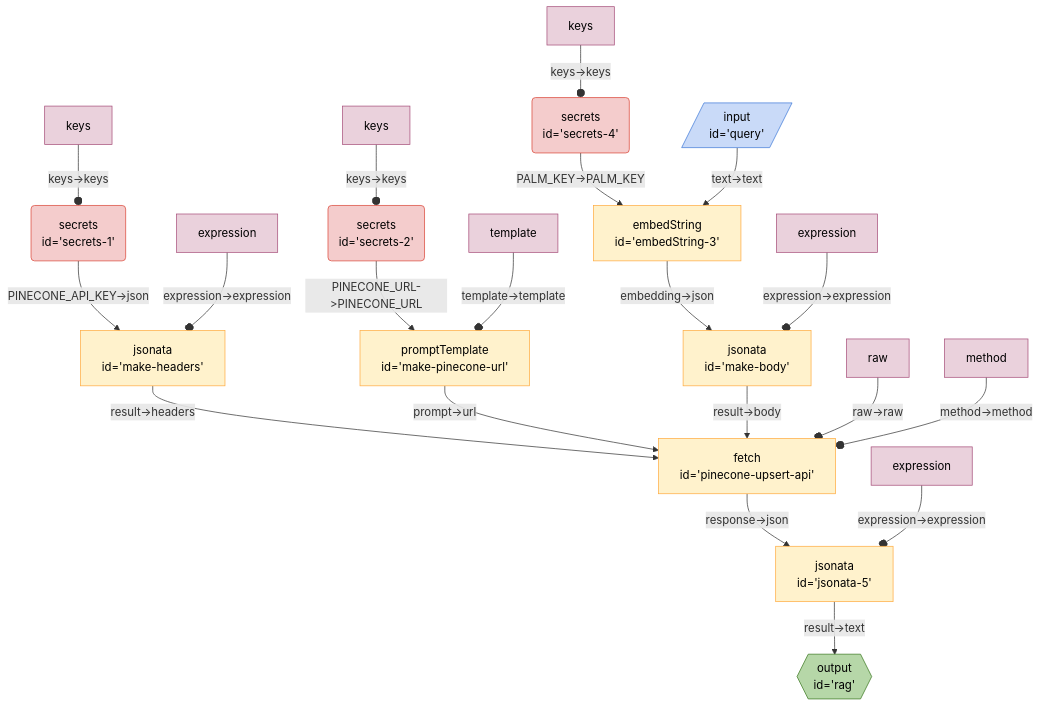
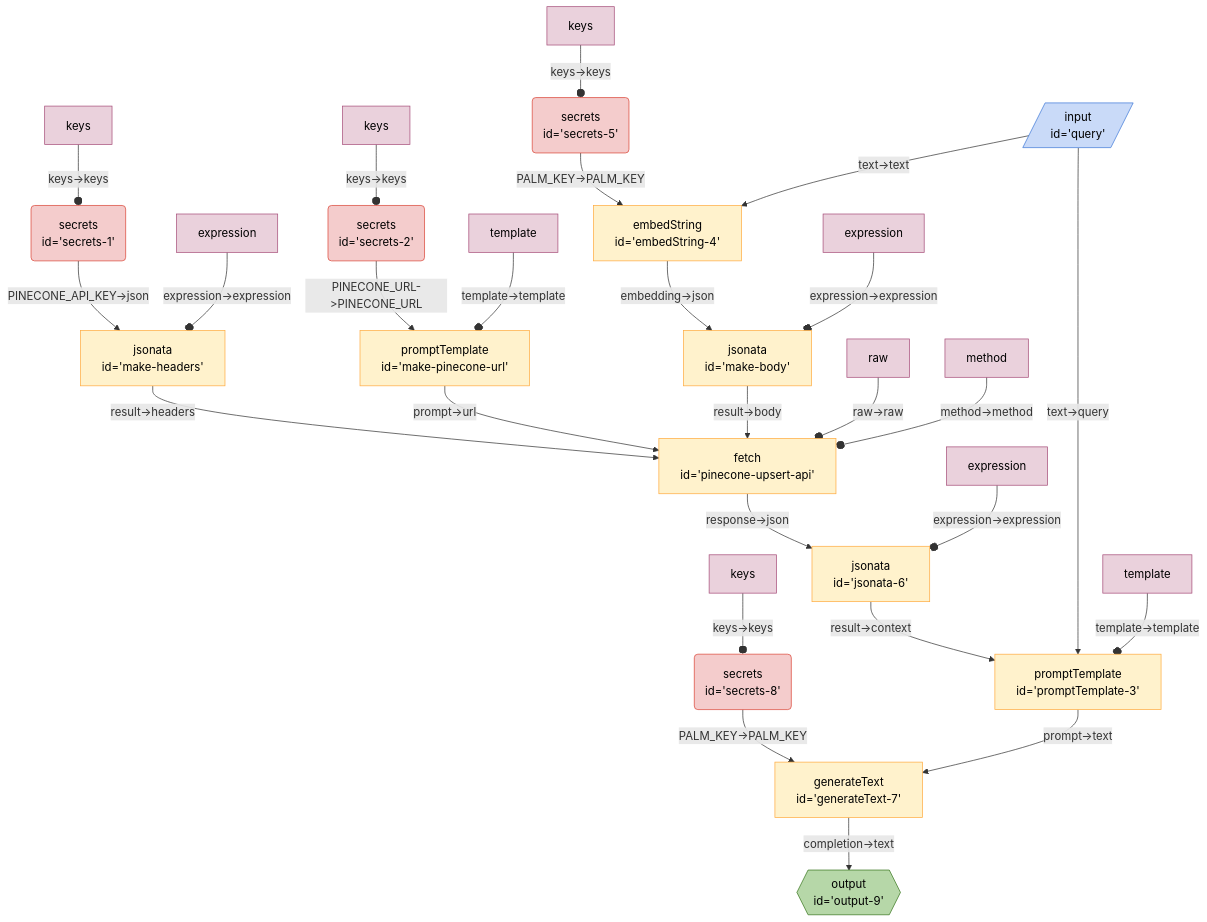
One commit to breadboard-ai/breadboard changed the diagram in seeds/graph-playground/docs/graphs/pinecone-query.md. Above: the diagram before and after it, drawn with Mermaid. The commit also changed 2 other files, not shown here.

Commit message:
[graph-playground] Fully-functional `pinecone-query`.

````diff
--- a/seeds/graph-playground/docs/graphs/pinecone-query.md
+++ b/seeds/graph-playground/docs/graphs/pinecone-query.md
@@ -5,31 +5,37 @@
   ```mermaid
   %%{init: 'themeVariables': { 'fontFamily': 'Fira Code, monospace' }}%%
 graph TD;
 secrets1("secrets <br> id='secrets-1'"):::secrets -- "PINECONE_API_KEY->json" --> makeheaders["jsonata <br> id='make-headers'"]
 makeheaders["jsonata <br> id='make-headers'"] -- "result->headers" --> pineconeupsertapi["fetch <br> id='pinecone-upsert-api'"]
 secrets2("secrets <br> id='secrets-2'"):::secrets -- "PINECONE_URL->PINECONE_URL" --> makepineconeurl["promptTemplate <br> id='make-pinecone-url'"]
 makepineconeurl["promptTemplate <br> id='make-pinecone-url'"] -- "prompt->url" --> pineconeupsertapi["fetch <br> id='pinecone-upsert-api'"]
-secrets4("secrets <br> id='secrets-4'"):::secrets -- "PALM_KEY->PALM_KEY" --> embedString3["embedString <br> id='embedString-3'"]
-jsonata5["jsonata <br> id='jsonata-5'"] -- "result->text" --> rag{{"output <br> id='rag'"}}:::output
-pineconeupsertapi["fetch <br> id='pinecone-upsert-api'"] -- "response->json" --> jsonata5["jsonata <br> id='jsonata-5'"]
+secrets5("secrets <br> id='secrets-5'"):::secrets -- "PALM_KEY->PALM_KEY" --> embedString4["embedString <br> id='embedString-4'"]
+jsonata6["jsonata <br> id='jsonata-6'"] -- "result->context" --> promptTemplate3["promptTemplate <br> id='promptTemplate-3'"]
+pineconeupsertapi["fetch <br> id='pinecone-upsert-api'"] -- "response->json" --> jsonata6["jsonata <br> id='jsonata-6'"]
 makebody["jsonata <br> id='make-body'"] -- "result->body" --> pineconeupsertapi["fetch <br> id='pinecone-upsert-api'"]
-embedString3["embedString <br> id='embedString-3'"] -- "embedding->json" --> makebody["jsonata <br> id='make-body'"]
-query[/"input <br> id='query'"/]:::input -- "text->text" --> embedString3["embedString <br> id='embedString-3'"]
+embedString4["embedString <br> id='embedString-4'"] -- "embedding->json" --> makebody["jsonata <br> id='make-body'"]
+query[/"input <br> id='query'"/]:::input -- "text->text" --> embedString4["embedString <br> id='embedString-4'"]
+query[/"input <br> id='query'"/]:::input -- "text->query" --> promptTemplate3["promptTemplate <br> id='promptTemplate-3'"]
+secrets8("secrets <br> id='secrets-8'"):::secrets -- "PALM_KEY->PALM_KEY" --> generateText7["generateText <br> id='generateText-7'"]
+generateText7["generateText <br> id='generateText-7'"] -- "completion->text" --> output9{{"output <br> id='output-9'"}}:::output
+promptTemplate3["promptTemplate <br> id='promptTemplate-3'"] -- "prompt->text" --> generateText7["generateText <br> id='generateText-7'"]
 expressionmakeheaders[expression]:::config -- "expression->expression" --o makeheaders
 keyssecrets1[keys]:::config -- "keys->keys" --o secrets1
 rawpineconeupsertapi[raw]:::config -- "raw->raw" --o pineconeupsertapi
 methodpineconeupsertapi[method]:::config -- "method->method" --o pineconeupsertapi
 templatemakepineconeurl[template]:::config -- "template->template" --o makepineconeurl
 keyssecrets2[keys]:::config -- "keys->keys" --o secrets2
 expressionmakebody[expression]:::config -- "expression->expression" --o makebody
-keyssecrets4[keys]:::config -- "keys->keys" --o secrets4
-expressionjsonata5[expression]:::config -- "expression->expression" --o jsonata5
+templatepromptTemplate3[template]:::config -- "template->template" --o promptTemplate3
+keyssecrets5[keys]:::config -- "keys->keys" --o secrets5
+expressionjsonata6[expression]:::config -- "expression->expression" --o jsonata6
+keyssecrets8[keys]:::config -- "keys->keys" --o secrets8
 classDef default stroke:#ffab40,fill:#fff2ccff,color:#000
 classDef input stroke:#3c78d8,fill:#c9daf8ff,color:#000
 classDef output stroke:#38761d,fill:#b6d7a8ff,color:#000
 classDef passthrough stroke:#a64d79,fill:#ead1dcff,color:#000
 classDef slot stroke:#a64d79,fill:#ead1dcff,color:#000
 classDef config stroke:#a64d79,fill:#ead1dcff,color:#000
 classDef secrets stroke:#db4437,fill:#f4cccc,color:#000
 classDef slotted stroke:#a64d79
   ```
````
